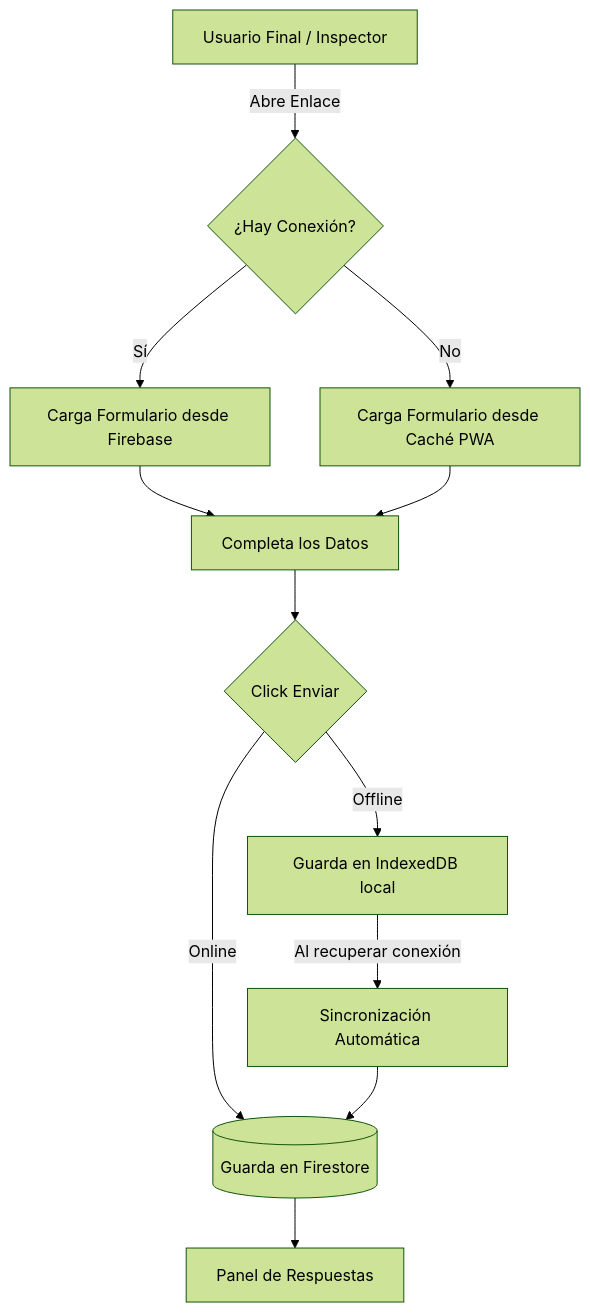
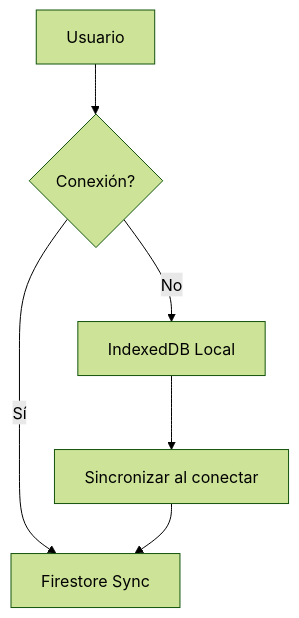
Before and after one commit to modernizacionsancarlos/forma-flow: the second of 2 diagrams in README.md, drawn with Mermaid (forest theme). The commit also changed other lines of this file, not shown here.

Commit message:
Se movió el enlace de la Wiki al final del documento y se priorizó la descripción del sistema junto con los pasos de configuración inicial (Node.js, Firebase CLI y variables de entorno).

````diff
--- a/README.md
+++ b/README.md
@@ -34,14 +106,8 @@
 ```mermaid
 graph TD
-    A[Usuario Final / Inspector] -->|Abre Enlace| B{¿Hay Conexión?}
-    B -- Sí --> C[Carga Formulario desde Firebase]
-    B -- No --> D[Carga Formulario desde Caché PWA]
-    C --> E[Completa los Datos]
-    D --> E
-    E --> F{Click Enviar}
-    F -->|Online| G[(Guarda en Firestore)]
-    F -->|Offline| H[Guarda en IndexedDB local]
-    H -->|Al recuperar conexión| I[Sincronización Automática]
-    I --> G
-    G --> J[Panel de Respuestas]
+    A[Usuario] --> B{Conexión?}
+    B -- Sí --> C[Firestore Sync]
+    B -- No --> D[IndexedDB Local]
+    D --> E[Sincronizar al conectar]
+    E --> C
 ```
````
